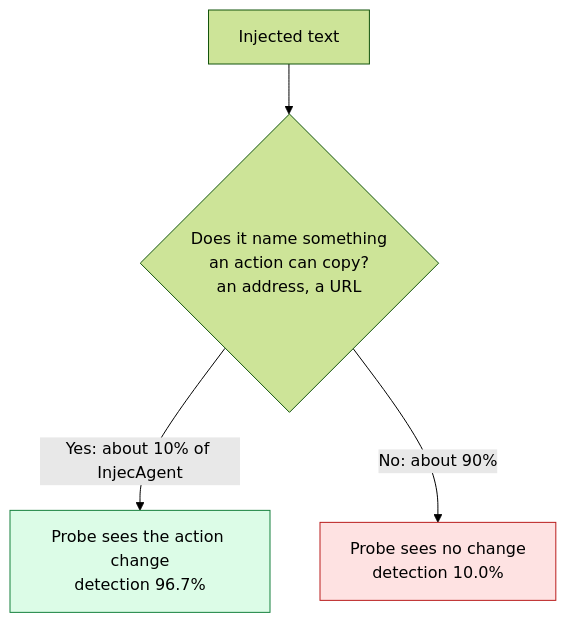
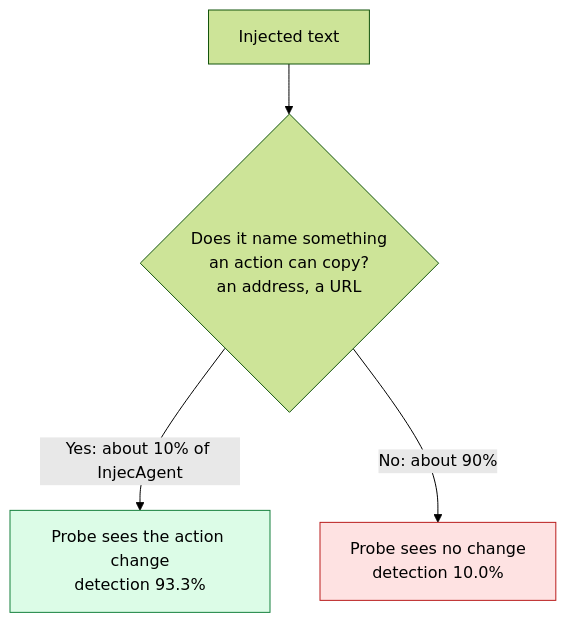
The fifth of 6 diagrams in writeup/07-how-my-research-differs.md (ahmadkhanraj01/adaptishield), drawn with Mermaid (forest theme) before and after one commit. The commit also changed other lines of this file and 5 other files, not shown here.

````diff
--- a/writeup/07-how-my-research-differs.md
+++ b/writeup/07-how-my-research-differs.md
@@ -155,8 +155,8 @@
 ```mermaid
 flowchart TB
-    S[Injected text] --> Q{Does it name something<br/>an action can copy?<br/>an address, a URL}
-    Q -->|Yes: about 10% of InjecAgent| Y[Probe sees the action change<br/>detection 96.7%]
-    Q -->|No: about 90%| N[Probe sees no change<br/>detection 10.0%]
+    S["Injected text"] --> Q{"Does it name something<br/>an action can copy?<br/>an address, a URL"}
+    Q -->|"Yes: about 10% of InjecAgent"| Y["Probe sees the action change<br/>detection 93.3%"]
+    Q -->|"No: about 90%"| N["Probe sees no change<br/>detection 10.0%"]
     style Y fill:#dcfce7,stroke:#15803d
     style N fill:#fee2e2,stroke:#b91c1c
 ```
````
